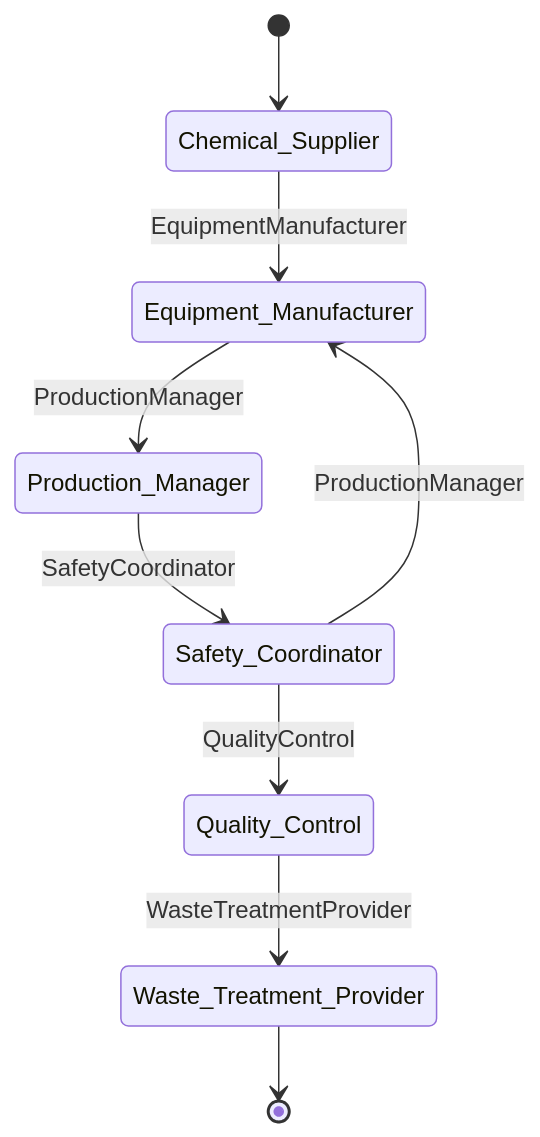
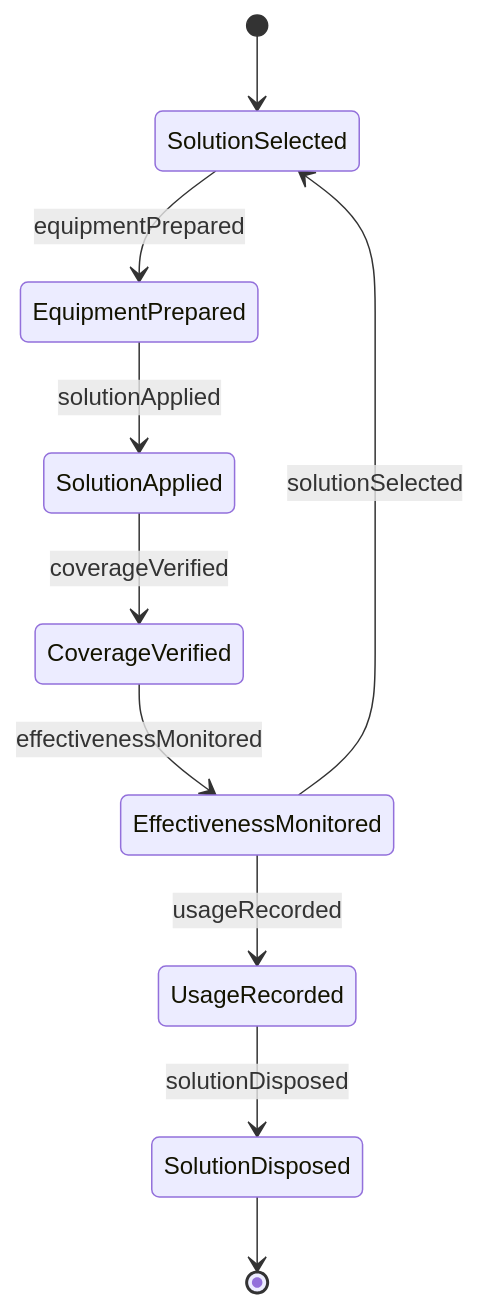
Before and after one commit to dot-org-ai/tasks.org.ai: the second of 4 diagrams in HandlingAndMovingObjects/ApplyProtectiveSolutionsOrCoatings/ApplySolutionsProductionEquipment.mdx, drawn with Mermaid. The commit also changed other lines of this file and 40 other files, not shown here.

First line of the commit message:
fix: Replace Actor-based ER and State diagrams with Entity/Event-based diagrams in 41 HandlingAndMovingObjects DWA files

````diff
--- a/HandlingAndMovingObjects/ApplyProtectiveSolutionsOrCoatings/ApplySolutionsProductionEquipment.mdx
+++ b/HandlingAndMovingObjects/ApplyProtectiveSolutionsOrCoatings/ApplySolutionsProductionEquipment.mdx
@@ -101,11 +99,12 @@
 ```mermaid
 stateDiagram-v2
-    [*] --> Chemical_Supplier
-    Chemical_Supplier --> Equipment_Manufacturer: EquipmentManufacturer
-    Equipment_Manufacturer --> Production_Manager: ProductionManager
-    Production_Manager --> Safety_Coordinator: SafetyCoordinator
-    Safety_Coordinator --> Quality_Control: QualityControl
-    Quality_Control --> Waste_Treatment_Provider: WasteTreatmentProvider
-    Safety_Coordinator --> Equipment_Manufacturer: ProductionManager
-    Waste_Treatment_Provider --> [*]
+    [*] --> SolutionSelected
+    SolutionSelected --> EquipmentPrepared : equipmentPrepared
+    EquipmentPrepared --> SolutionApplied : solutionApplied
+    SolutionApplied --> CoverageVerified : coverageVerified
+    CoverageVerified --> EffectivenessMonitored : effectivenessMonitored
+    EffectivenessMonitored --> UsageRecorded : usageRecorded
+    UsageRecorded --> SolutionDisposed : solutionDisposed
+    EffectivenessMonitored --> SolutionSelected : solutionSelected
+    SolutionDisposed --> [*]
 ```
````
